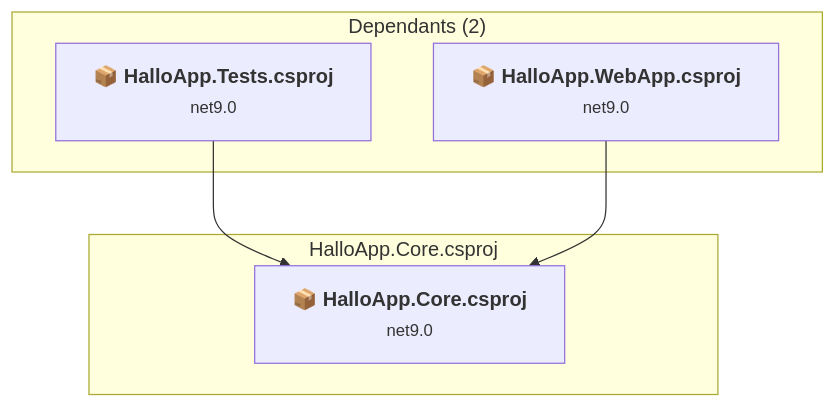
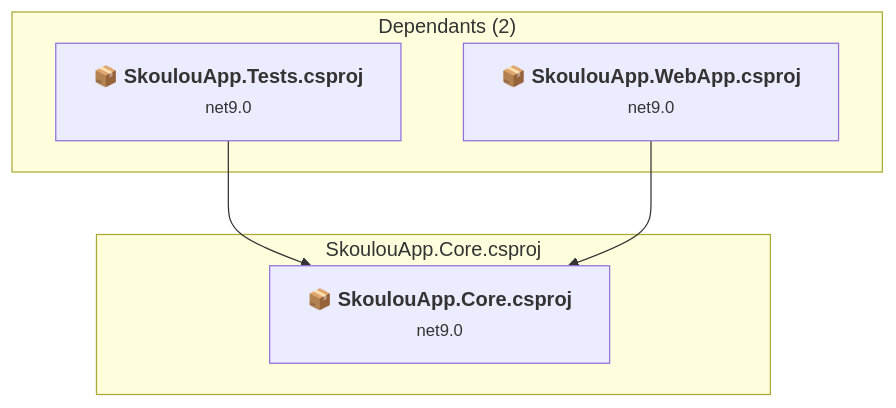
One commit to TabloSuite/TabloSuiteRepo changed the second of 4 diagrams in .github/upgrades/scenarios/dotnet-version-upgrade/assessment.md. Above: the diagram before and after it, drawn with Mermaid. The commit also changed other lines of this file and 415 other files, not shown here.

````diff
--- a/.github/upgrades/scenarios/dotnet-version-upgrade/assessment.md
+++ b/.github/upgrades/scenarios/dotnet-version-upgrade/assessment.md
@@ -142,16 +142,16 @@
 ```mermaid
 flowchart TB
     subgraph upstream["Dependants (2)"]
-        P2["<b>📦&nbsp;HalloApp.Tests.csproj</b><br/><small>net9.0</small>"]
-        P3["<b>📦&nbsp;HalloApp.WebApp.csproj</b><br/><small>net9.0</small>"]
-        click P2 "#halloapptestshalloapptestscsproj"
-        click P3 "#halloappwebapphalloappwebappcsproj"
+        P2["<b>📦&nbsp;SkoulouApp.Tests.csproj</b><br/><small>net9.0</small>"]
+        P3["<b>📦&nbsp;SkoulouApp.WebApp.csproj</b><br/><small>net9.0</small>"]
+        click P2 "#skoulouapptestsskoulouapptestscsproj"
+        click P3 "#skoulouappwebappskoulouappwebappcsproj"
     end
-    subgraph current["HalloApp.Core.csproj"]
-        MAIN["<b>📦&nbsp;HalloApp.Core.csproj</b><br/><small>net9.0</small>"]
-        click MAIN "#halloappcorehalloappcorecsproj"
+    subgraph current["SkoulouApp.Core.csproj"]
+        MAIN["<b>📦&nbsp;SkoulouApp.Core.csproj</b><br/><small>net9.0</small>"]
+        click MAIN "#skoulouappcoreskoulouappcorecsproj"
     end
     P2 --> MAIN
     P3 --> MAIN
 
 ```
````
